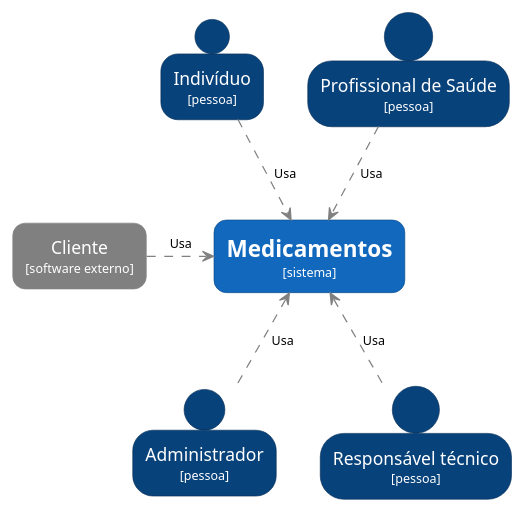
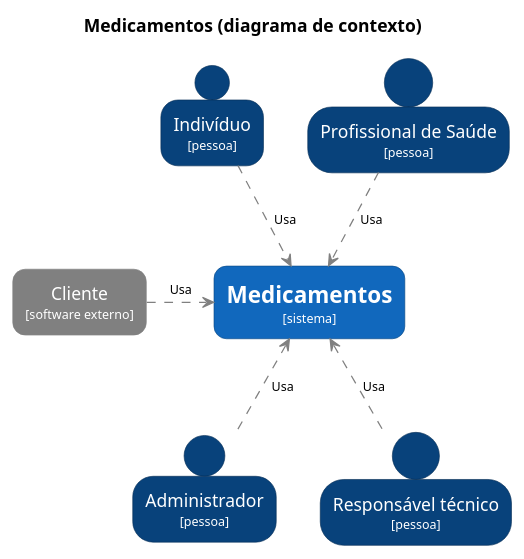
One commit to kyriosdata/medicamentos changed the diagram in UML/c4-context.puml. Above: the diagram before and after it, drawn with PlantUML. The commit also changed 1 other file, not shown here.

```diff
--- a/UML/c4-context.puml
+++ b/UML/c4-context.puml
@@ -1,49 +1,51 @@
 @startuml c4-context
+
+title Medicamentos (diagrama de contexto)
 
 top to bottom direction
 
 skinparam {
   shadowing false
   arrowFontSize 10
   defaultTextAlignment center
   wrapWidth 200
   maxMessageSize 100
   ArrowColor #gray
 }
 
 hide stereotype
 
 skinparam rectangle<<SoftwareSystem>> {
   BackgroundColor #1168bd
   FontColor #ffffff
   BorderColor #0b4884
   roundCorner 20
 }
 
 skinparam rectangle<<SoftwareExternal>> {
   BackgroundColor #gray
   FontColor #ffffff
   BorderColor #gray
   roundCorner 20
 }
 
 skinparam person<<User>> {
   BackgroundColor #08427b
   FontColor #ffffff
   BorderColor #052e56
 }
 
 person "Indivíduo\n<size:10>[pessoa]</size>" <<User>> as User
 person "Administrador\n<size:10>[pessoa]</size>" <<User>> as Administrador
 person "Responsável técnico\n<size:10>[pessoa]</size>" <<User>> as RT
 person "Profissional de Saúde\n<size:10>[pessoa]</size>" <<User>> as PS
 
 rectangle "=Medicamentos\n<size:10>[sistema]</size>" <<SoftwareSystem>> as SoftwareSystem
 rectangle "Cliente\n<size:10>[software externo]</size>" <<SoftwareExternal>> as SC
 
 User ..> SoftwareSystem : " Usa"
 PS ..> SoftwareSystem : " Usa"
 SC .right.> SoftwareSystem : "Usa"
 Administrador .up.> SoftwareSystem : " Usa"
 RT .up.> SoftwareSystem : " Usa"
 @enduml
```
